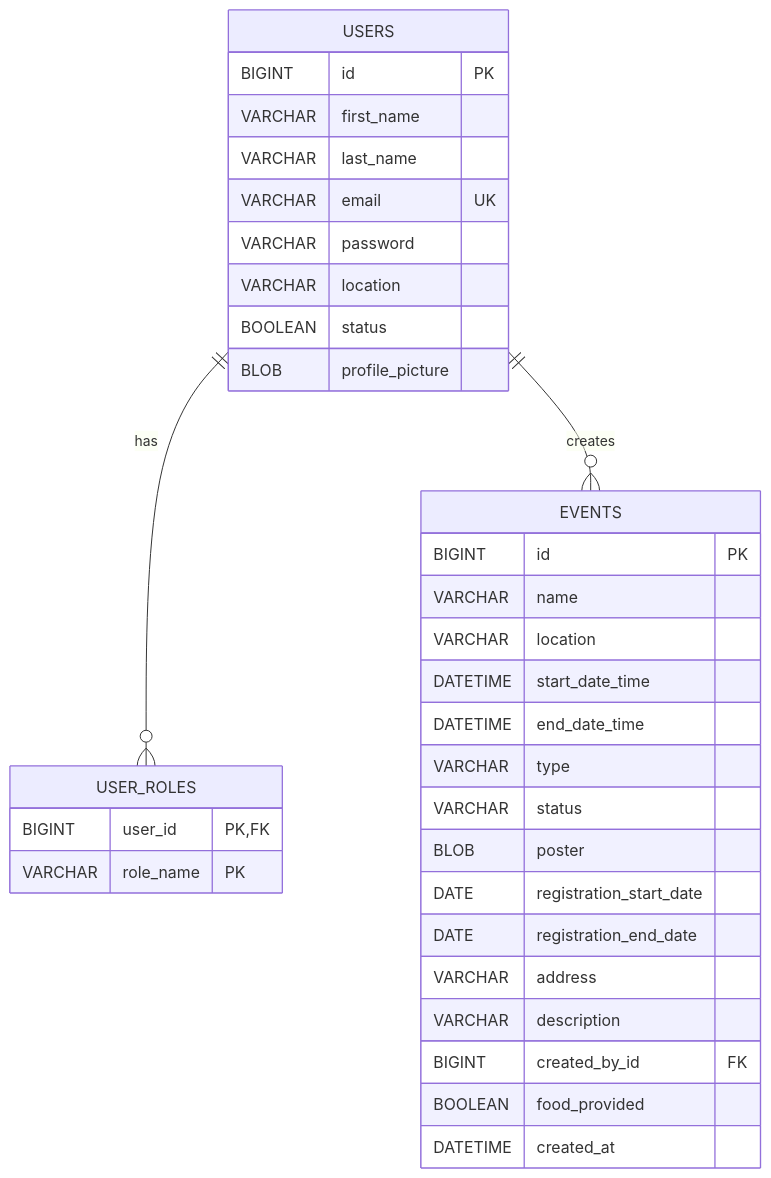
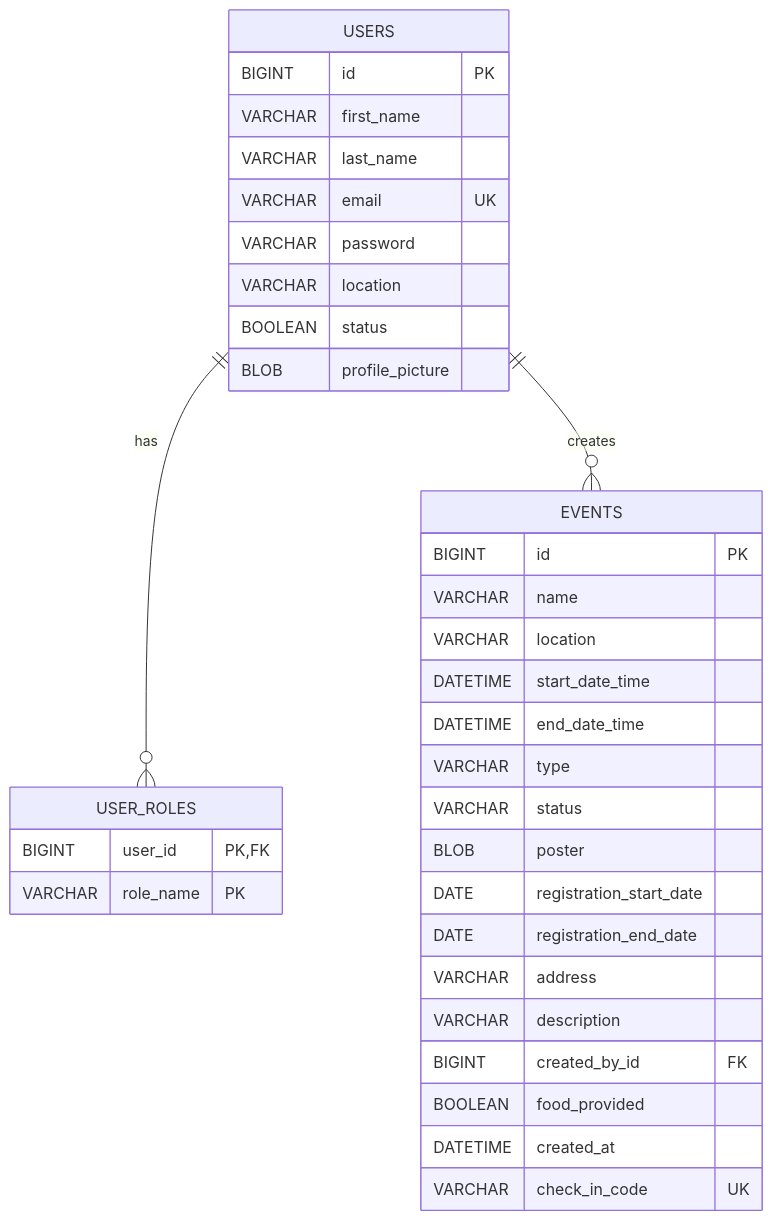
Before and after one commit to msgsummerpractice/Team-Buldozer: the diagram in Backend/src/main/resources/db/mermaid/diagram_v2.md, drawn with Mermaid. The commit also changed 5 other files, not shown here.

````diff
--- a/Backend/src/main/resources/db/mermaid/diagram_v2.md
+++ b/Backend/src/main/resources/db/mermaid/diagram_v2.md
@@ -1,39 +1,40 @@
 ```mermaid
 erDiagram
     USERS {
         BIGINT id PK
         VARCHAR first_name
         VARCHAR last_name
         VARCHAR email UK
         VARCHAR password
         VARCHAR location
         BOOLEAN status
         BLOB profile_picture
 }
 
     USER_ROLES {
         BIGINT user_id PK, FK
         VARCHAR role_name PK
     }
 
     EVENTS {
         BIGINT id PK
         VARCHAR name
         VARCHAR location
         DATETIME start_date_time
         DATETIME end_date_time
         VARCHAR type
         VARCHAR status
         BLOB poster
         DATE registration_start_date
         DATE registration_end_date
         VARCHAR address
         VARCHAR description
         BIGINT created_by_id FK
         BOOLEAN food_provided
         DATETIME created_at
+        VARCHAR check_in_code UK
     }
 
     USERS ||--o{ USER_ROLES : "has"
     USERS ||--o{ EVENTS : "creates"
 ```
````
